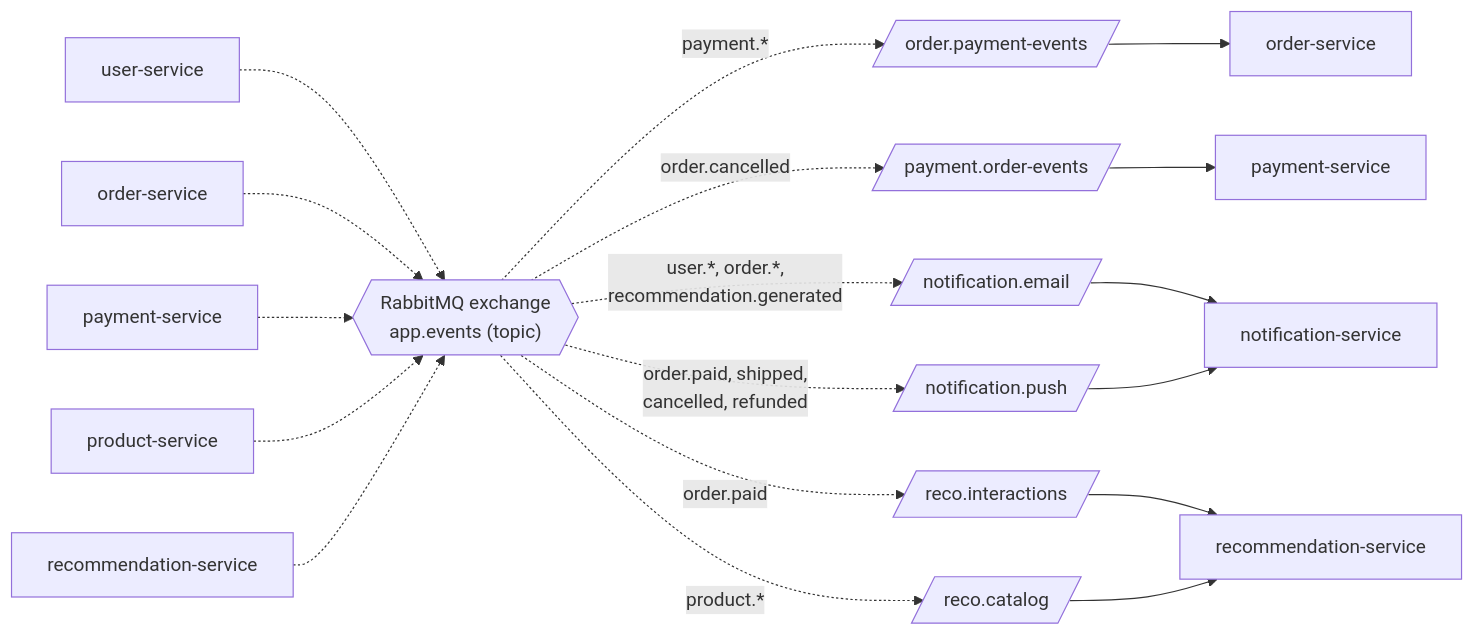
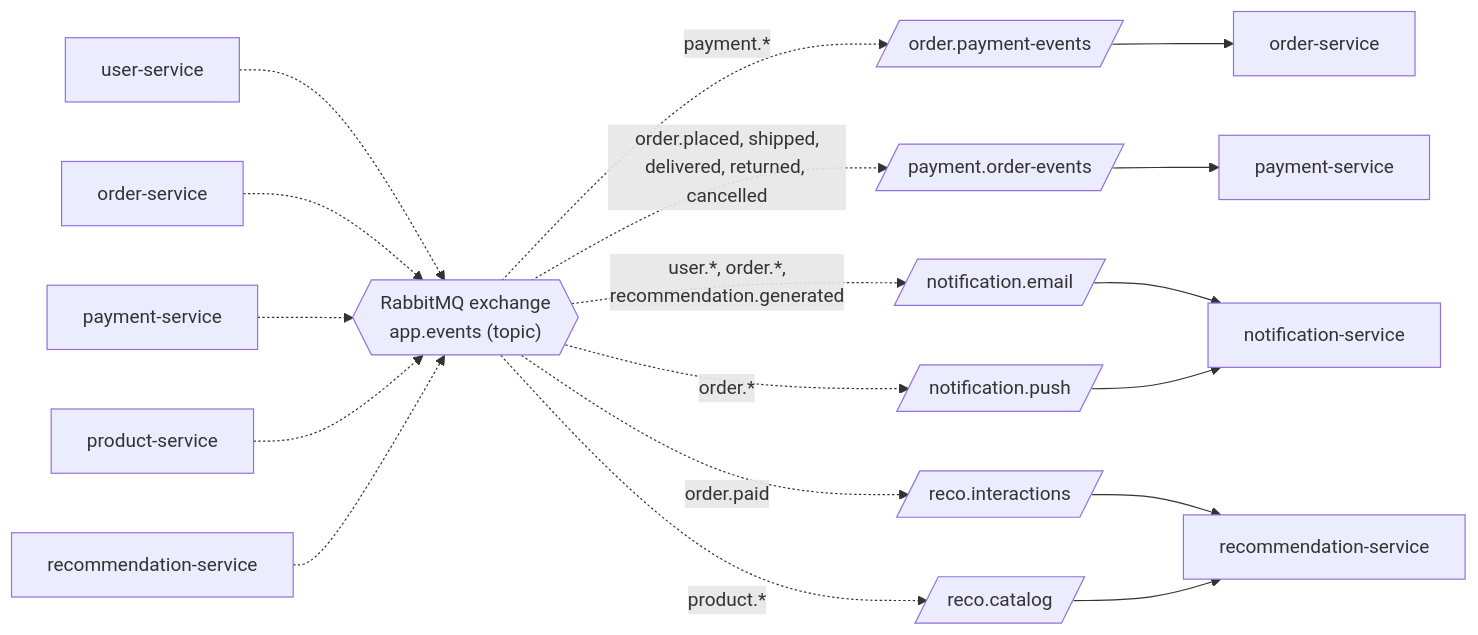
Before and after one commit to MotoXpress-wicky/infrastructure: the diagram in docs/architecture/06-event-contracts.md, drawn with Mermaid. The commit also changed other lines of this file, not shown here.

Commit message:
docs(architecture): add cash-on-delivery events to the event contract

````diff
--- a/docs/architecture/06-event-contracts.md
+++ b/docs/architecture/06-event-contracts.md
@@ -78,37 +84,37 @@
 ```mermaid
 flowchart LR
     user["user-service"]
     order["order-service"]
     payment["payment-service"]
     product["product-service"]
     reco["recommendation-service"]
 
     ex{{"RabbitMQ exchange<br/>app.events (topic)"}}
 
     user -.-> ex
     order -.-> ex
     payment -.-> ex
     product -.-> ex
     reco -.-> ex
 
     q1[/"order.payment-events"/]
     q2[/"payment.order-events"/]
     q3[/"notification.email"/]
     q4[/"notification.push"/]
     q5[/"reco.interactions"/]
     q6[/"reco.catalog"/]
 
     ex -.->|"payment.*"| q1
-    ex -.->|"order.cancelled"| q2
+    ex -.->|"order.placed, shipped,<br/>delivered, returned, cancelled"| q2
     ex -.->|"user.*, order.*,<br/>recommendation.generated"| q3
-    ex -.->|"order.paid, shipped,<br/>cancelled, refunded"| q4
+    ex -.->|"order.*"| q4
     ex -.->|"order.paid"| q5
     ex -.->|"product.*"| q6
 
     q1 --> c1["order-service"]
     q2 --> c2["payment-service"]
     q3 --> c3["notification-service"]
     q4 --> c3
     q5 --> c4["recommendation-service"]
     q6 --> c4
 ```
````
